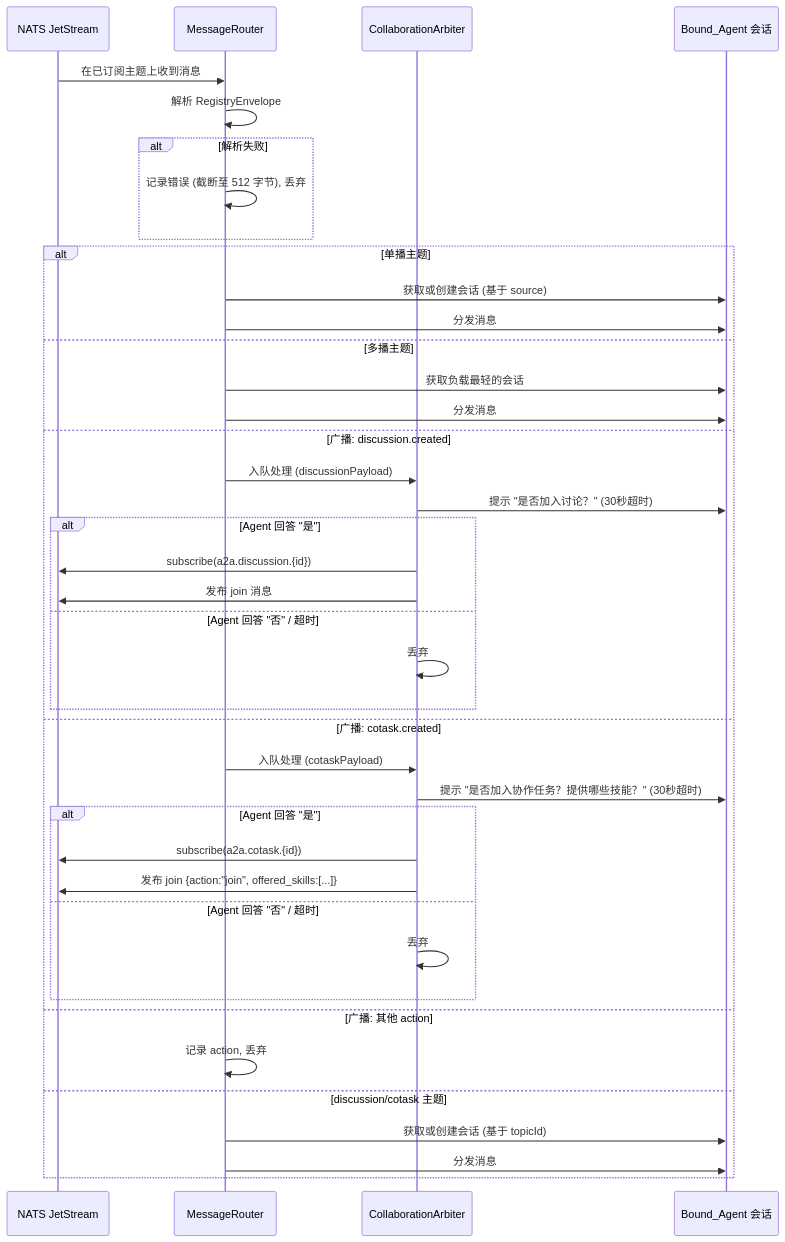
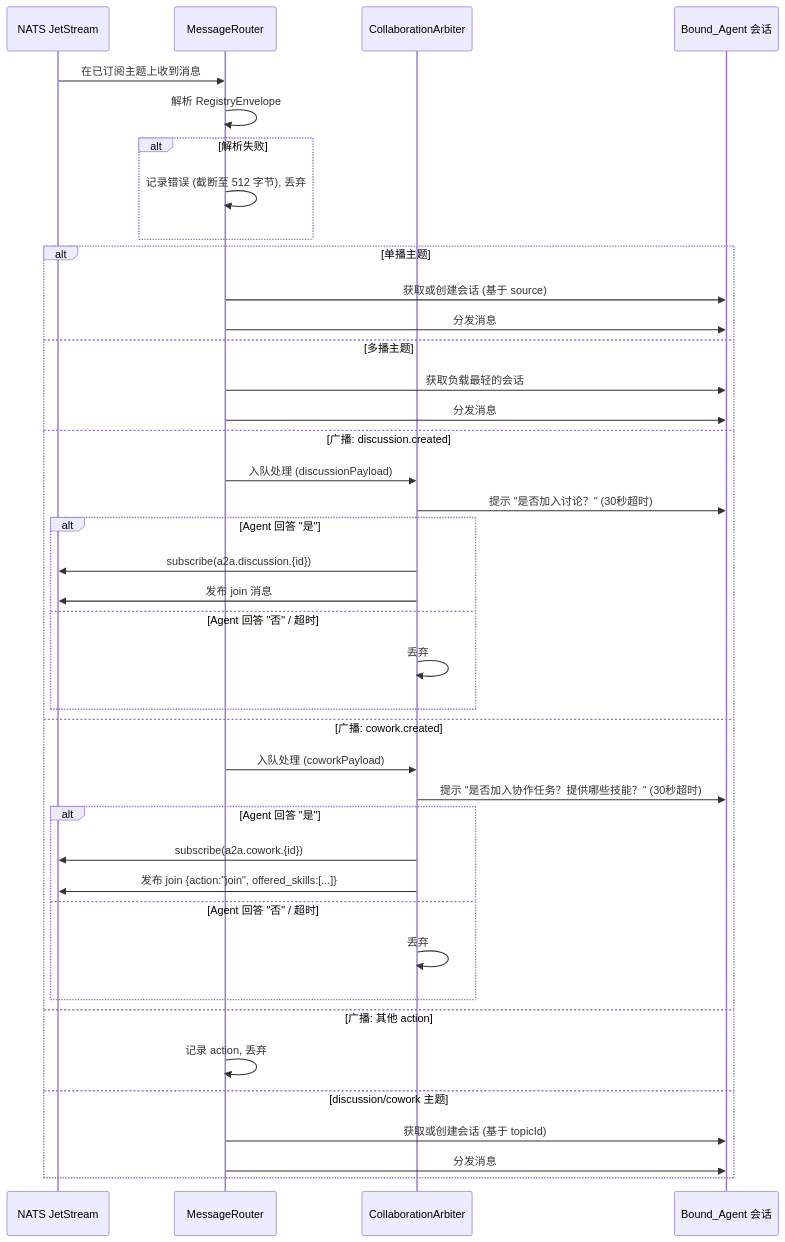
One commit to iaie-hub/AieClaw changed the fourth of 7 diagrams in .kiro/specs/agent-registry-channel/design_cn.md. Above: the diagram before and after it, drawn with Mermaid. The commit also changed other lines of this file and 46 other files, not shown here.

````diff
--- a/.kiro/specs/agent-registry-channel/design_cn.md
+++ b/.kiro/specs/agent-registry-channel/design_cn.md
@@ -455,44 +457,44 @@
 ```mermaid
 sequenceDiagram
     participant NATS as NATS JetStream
     participant Router as MessageRouter
     participant Arbiter as CollaborationArbiter
     participant Agent as Bound_Agent 会话
 
     NATS->>Router: 在已订阅主题上收到消息
     Router->>Router: 解析 RegistryEnvelope
     alt 解析失败
         Router->>Router: 记录错误 (截断至 512 字节), 丢弃
     end
 
     alt 单播主题
         Router->>Agent: 获取或创建会话 (基于 source)
         Router->>Agent: 分发消息
     else 多播主题
         Router->>Agent: 获取负载最轻的会话
         Router->>Agent: 分发消息
     else 广播: discussion.created
         Router->>Arbiter: 入队处理 (discussionPayload)
         Arbiter->>Agent: 提示 "是否加入讨论？" (30秒超时)
         alt Agent 回答 "是"
             Arbiter->>NATS: subscribe(a2a.discussion.{id})
             Arbiter->>NATS: 发布 join 消息
         else Agent 回答 "否" / 超时
             Arbiter->>Arbiter: 丢弃
         end
-    else 广播: cotask.created
-        Router->>Arbiter: 入队处理 (cotaskPayload)
+    else 广播: cowork.created
+        Router->>Arbiter: 入队处理 (coworkPayload)
         Arbiter->>Agent: 提示 "是否加入协作任务？提供哪些技能？" (30秒超时)
         alt Agent 回答 "是"
-            Arbiter->>NATS: subscribe(a2a.cotask.{id})
+            Arbiter->>NATS: subscribe(a2a.cowork.{id})
             Arbiter->>NATS: 发布 join {action:"join", offered_skills:[...]}
         else Agent 回答 "否" / 超时
             Arbiter->>Arbiter: 丢弃
         end
     else 广播: 其他 action
         Router->>Router: 记录 action, 丢弃
-    else discussion/cotask 主题
+    else discussion/cowork 主题
         Router->>Agent: 获取或创建会话 (基于 topicId)
         Router->>Agent: 分发消息
     end
 ```
````
